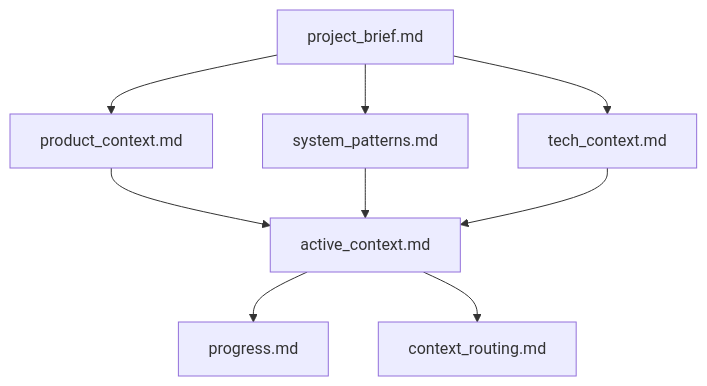
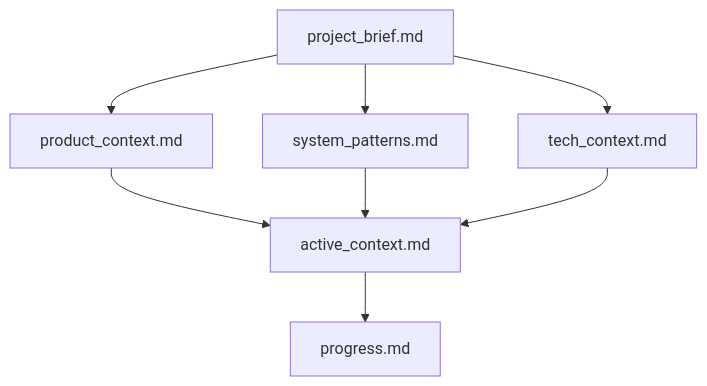
The diagram in rules/coding_agent_memory_bank.md (sjunepark/ai-development-system), drawn with Mermaid before and after one commit. The commit also changed other lines of this file and 2 other files, not shown here.

````diff
--- a/rules/coding_agent_memory_bank.md
+++ b/rules/coding_agent_memory_bank.md
@@ -12,13 +12,12 @@
 ```mermaid
 flowchart TD
     PB[project_brief.md] --> PC[product_context.md]
     PB --> SP[system_patterns.md]
     PB --> TC[tech_context.md]
 
     PC --> AC[active_context.md]
     SP --> AC
     TC --> AC
 
     AC --> P[progress.md]
-    AC --> CR[context_routing.md]
 ```
````
